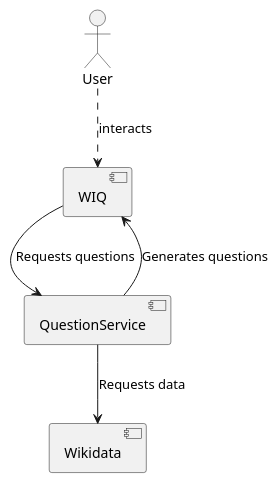
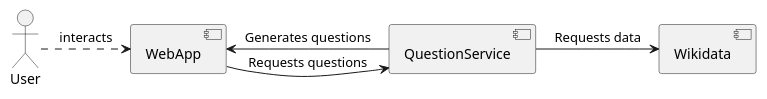
One commit to Arquisoft/wiq_en3b changed the diagram in docs/plantumls/business-context.wsd. Above: the diagram before and after it, drawn with PlantUML. The commit also changed 8 other files, not shown here.

```diff
--- a/docs/plantumls/business-context.wsd
+++ b/docs/plantumls/business-context.wsd
@@ -1,13 +1,13 @@
 @startuml BusinessContext
 
 actor User
-component  WIQ
+component  WebApp
 component QuestionService
 component Wikidata
 
-User ..> WIQ : interacts
-WIQ --> QuestionService :  Requests questions
-QuestionService --> WIQ : Generates questions
-QuestionService --> Wikidata : Requests data
+User .right.> WebApp : interacts
+WebApp -right-> QuestionService :  Requests questions
+QuestionService -left-> WebApp : Generates questions
+QuestionService -right-> Wikidata : Requests data
 
 @enduml
```
